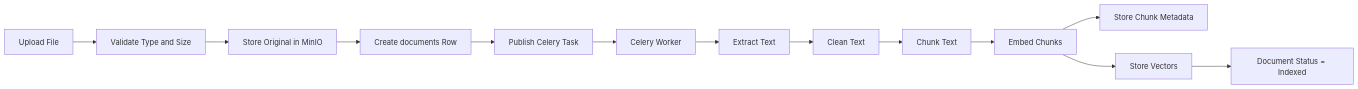
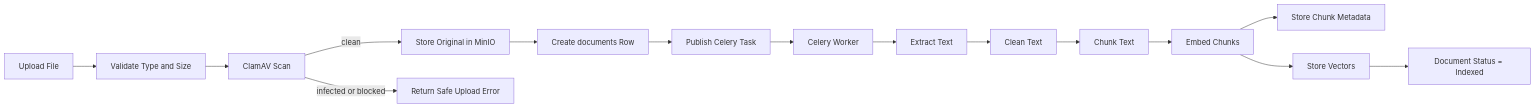
The second of 4 diagrams in docs/03_RAG_WORKFLOW.md (meghrazchi/rudix), drawn with Mermaid before and after one commit. The commit also changed other lines of this file and 19 other files, not shown here.

````diff
--- a/docs/03_RAG_WORKFLOW.md
+++ b/docs/03_RAG_WORKFLOW.md
@@ -71,15 +74,17 @@
 ```mermaid
 flowchart LR
     Upload[Upload File] --> Validate[Validate Type and Size]
-    Validate --> MinIO[Store Original in MinIO]
+    Validate --> MalwareScan[ClamAV Scan]
+    MalwareScan -->|clean| MinIO[Store Original in MinIO]
+    MalwareScan -->|infected or blocked| Reject[Return Safe Upload Error]
     MinIO --> DocRow[Create documents Row]
     DocRow --> Queue[Publish Celery Task]
     Queue --> Worker[Celery Worker]
     Worker --> Extract[Extract Text]
     Extract --> Clean[Clean Text]
     Clean --> Chunk[Chunk Text]
     Chunk --> Embed[Embed Chunks]
     Embed --> PG[Store Chunk Metadata]
     Embed --> Qdrant[Store Vectors]
     Qdrant --> Indexed[Document Status = Indexed]
 ```
````
